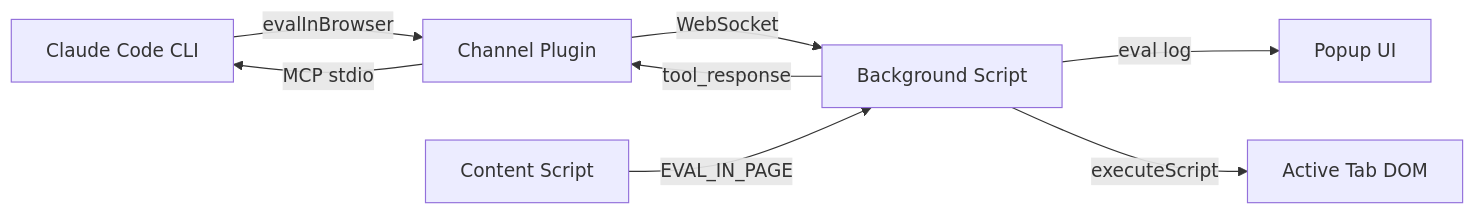
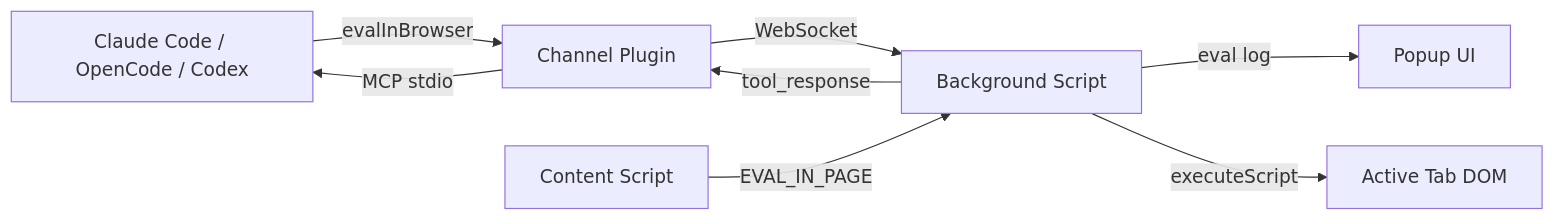
The diagram in documents/design.md (korchasa/foxcode), drawn with Mermaid before and after one commit. The commit also changed other lines of this file and 12 other files, not shown here.

````diff
--- a/documents/design.md
+++ b/documents/design.md
@@ -9,10 +9,10 @@
 ```mermaid
 graph LR
-  CC[Claude Code CLI] -->|evalInBrowser| CH[Channel Plugin]
+  IDE[Claude Code / OpenCode / Codex] -->|evalInBrowser| CH[Channel Plugin]
   CH -->|WebSocket| BG[Background Script]
   BG -->|eval log| P[Popup UI]
   BG -->|executeScript| TAB[Active Tab DOM]
   CS[Content Script] -->|EVAL_IN_PAGE| BG
   BG -->|tool_response| CH
-  CH -->|MCP stdio| CC
+  CH -->|MCP stdio| IDE
 ```
````
